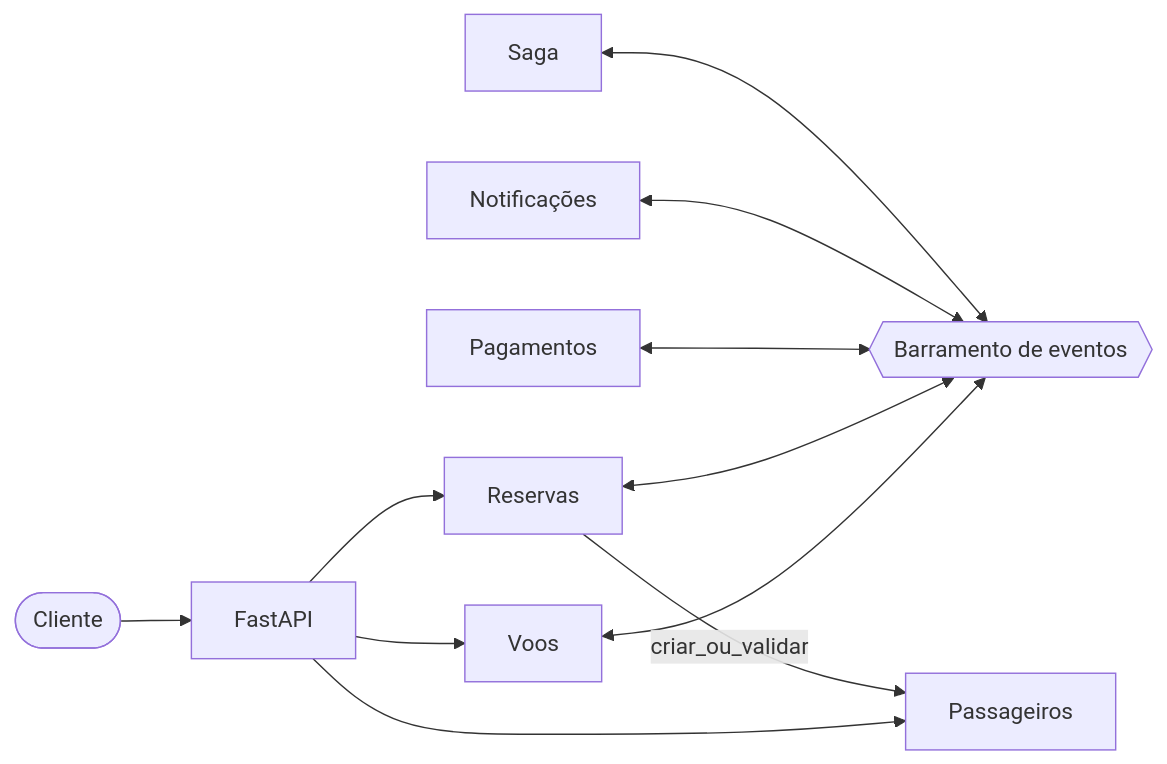
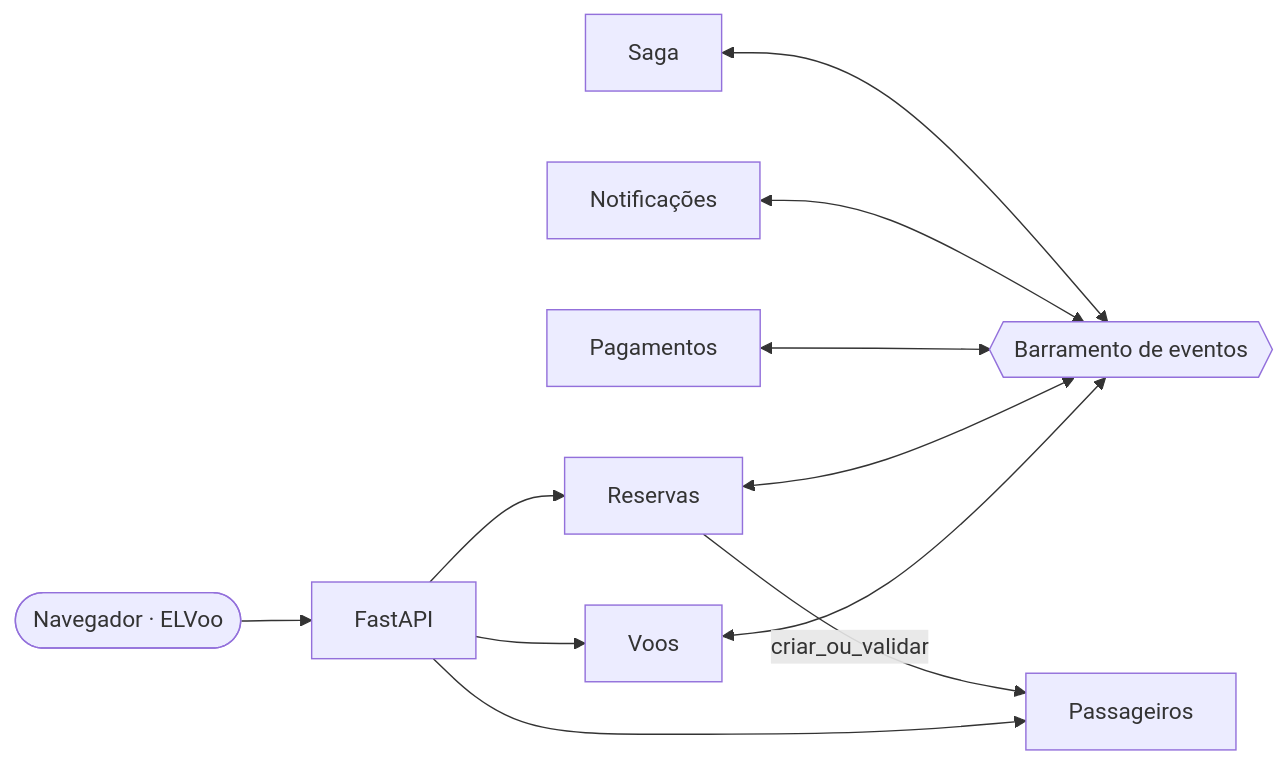
The first of 2 diagrams in README.md (EriveltonJr/reservas-aereas), drawn with Mermaid before and after one commit. The commit also changed other lines of this file, not shown here.

````diff
--- a/README.md
+++ b/README.md
@@ -29,7 +29,7 @@
 ```mermaid
 flowchart LR
-    Cliente([Cliente]) --> API[FastAPI]
+    Cliente([Navegador · ELVoo]) --> API[FastAPI]
     API --> Voos & Reservas & Passageiros
     Reservas -- criar_ou_validar --> Passageiros
     Voos & Reservas & Pagamentos & Notificacoes[Notificações] & Saga <--> Bus{{Barramento de eventos}}
 ```
````
